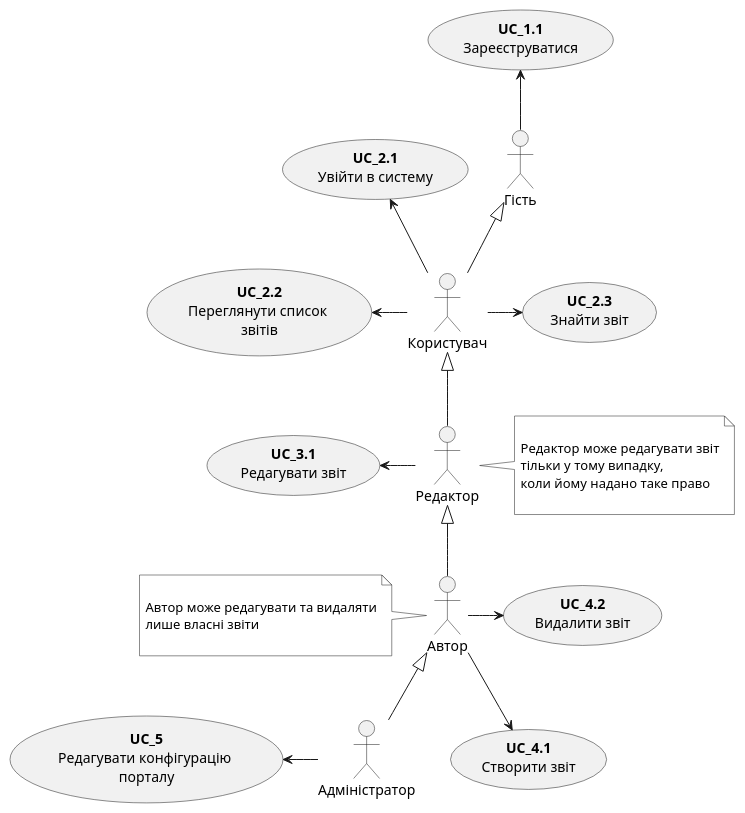
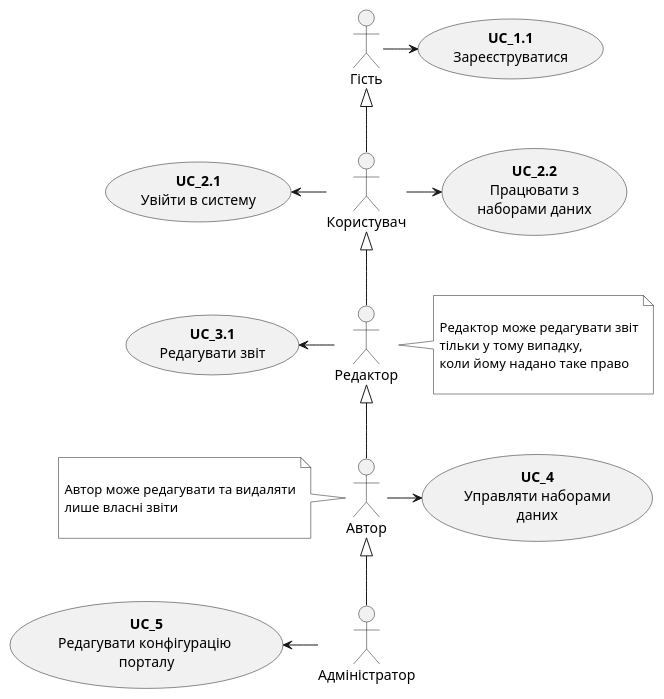
One commit to boldak/database_basics_template changed the diagram in src/uml/UC_Overview.puml. Above: the diagram before and after it, drawn with PlantUML. The commit also changed 5 other files, not shown here.

```diff
--- a/src/uml/UC_Overview.puml
+++ b/src/uml/UC_Overview.puml
@@ -1,49 +1,45 @@
 @startuml
-    actor "Гість" as Guest
+actor "Гість" as Guest
     actor "Користувач" as User
     actor "Автор" as Author
     actor "Редактор" as Collaborator
     actor "Адміністратор" as Admin
     
     usecase "<b>UC_1.1</b>\nЗареєструватися" as UC_1_1
     usecase "<b>UC_2.1</b>\nУвійти в систему" as UC_2_1
-    usecase "<b>UC_2.2</b>\nПереглянути список \nзвітів" as UC_2_2
-    usecase "<b>UC_2.3</b>\nЗнайти звіт" as UC_2_3
+    usecase "<b>UC_2.2</b>\nПрацювати з\nнаборами даних" as UC_2_2
     usecase "<b>UC_3.1</b>\nРедагувати звіт" as UC_3_1
-    usecase "<b>UC_4.1</b>\nСтворити звіт" as UC_4_1
-    usecase "<b>UC_4.2</b>\nВидалити звіт" as UC_4_2
+    usecase "<b>UC_4</b>\nУправляти наборами\nданих" as UC_4
     usecase "<b>UC_5</b>\nРедагувати конфігурацію \nпорталу" as UC_5
     
-    Guest -u-> UC_1_1
+    Guest -r-> UC_1_1
 
     User -u-|> Guest    
-    User -u-> UC_2_1
-    User -l-> UC_2_2
-    User -> UC_2_3
+    User -l-> UC_2_1
+    User -r-> UC_2_2
     
     Collaborator -u-|> User
     Collaborator -l-> UC_3_1
     
     note right of Collaborator #fff
     
         Редактор може редагувати звіт
         тільки у тому випадку,
         коли йому надано таке право
     
     end note
     
     Author -u-|> Collaborator
-    Author --> UC_4_1
-    Author -> UC_4_2
+    Author -r-> UC_4
     
     note left of Author #fff
     
         Автор може редагувати та видаляти
         лише власні звіти
     
     end note
     
     
     Admin -u-|> Author
     Admin -l-> UC_5
 @enduml
```
